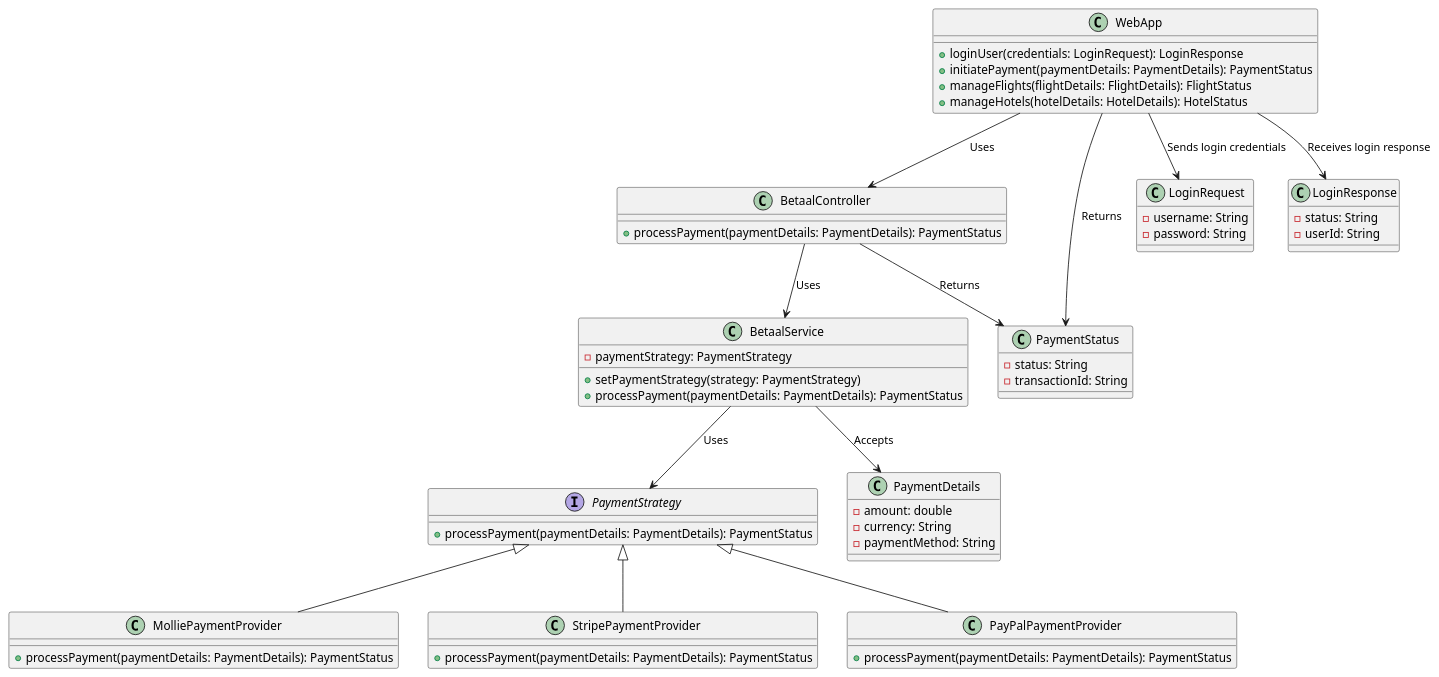
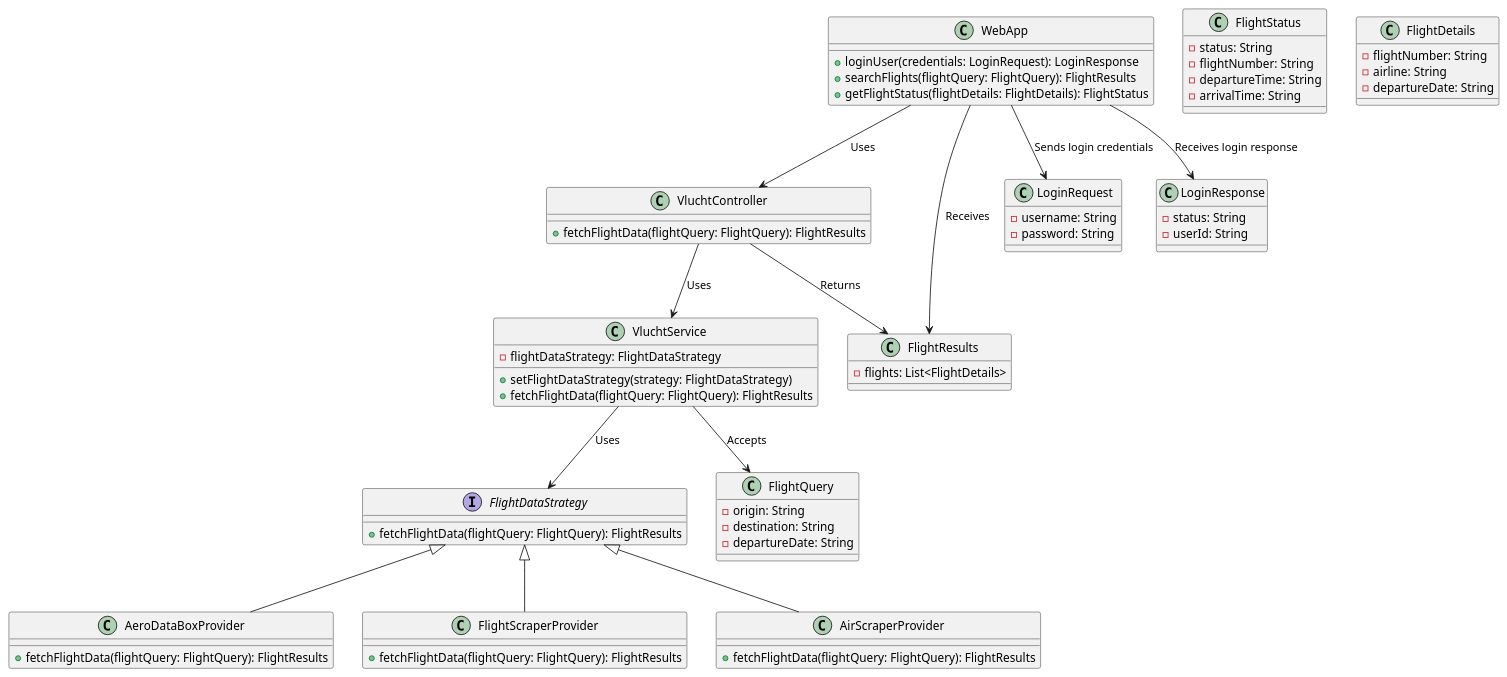
One commit to AIM-ENE-feb25/triptop-groep-b2 changed the diagram in classDiagramQuestion.puml. Above: the diagram before and after it, drawn with PlantUML. The commit also changed 2 other files, not shown here.

Commit message:
Updated component diagrams

```diff
--- a/classDiagramQuestion.puml
+++ b/classDiagramQuestion.puml
@@ -1,72 +1,83 @@
 @startuml
 'https://plantuml.com/class-diagram
 
 class WebApp {
     +loginUser(credentials: LoginRequest): LoginResponse
-    +initiatePayment(paymentDetails: PaymentDetails): PaymentStatus
-    +manageFlights(flightDetails: FlightDetails): FlightStatus
-    +manageHotels(hotelDetails: HotelDetails): HotelStatus
+    +searchFlights(flightQuery: FlightQuery): FlightResults
+    +getFlightStatus(flightDetails: FlightDetails): FlightStatus
 }
 
-class BetaalController {
-    +processPayment(paymentDetails: PaymentDetails): PaymentStatus
+class VluchtController {
+    +fetchFlightData(flightQuery: FlightQuery): FlightResults
 }
 
-class BetaalService {
-    -paymentStrategy: PaymentStrategy
-    +setPaymentStrategy(strategy: PaymentStrategy)
-    +processPayment(paymentDetails: PaymentDetails): PaymentStatus
+class VluchtService {
+    -flightDataStrategy: FlightDataStrategy
+    +setFlightDataStrategy(strategy: FlightDataStrategy)
+    +fetchFlightData(flightQuery: FlightQuery): FlightResults
 }
 
-interface PaymentStrategy {
-    +processPayment(paymentDetails: PaymentDetails): PaymentStatus
+interface FlightDataStrategy {
+    +fetchFlightData(flightQuery: FlightQuery): FlightResults
 }
 
-class MolliePaymentProvider {
-    +processPayment(paymentDetails: PaymentDetails): PaymentStatus
+class AeroDataBoxProvider {
+    +fetchFlightData(flightQuery: FlightQuery): FlightResults
 }
 
-class StripePaymentProvider {
-    +processPayment(paymentDetails: PaymentDetails): PaymentStatus
+class FlightScraperProvider {
+    +fetchFlightData(flightQuery: FlightQuery): FlightResults
 }
 
-class PayPalPaymentProvider {
-    +processPayment(paymentDetails: PaymentDetails): PaymentStatus
+class AirScraperProvider {
+    +fetchFlightData(flightQuery: FlightQuery): FlightResults
 }
 
-class PaymentStatus {
+class FlightStatus {
     -status: String
-    -transactionId: String
+    -flightNumber: String
+    -departureTime: String
+    -arrivalTime: String
 }
 
-class PaymentDetails {
-    -amount: double
-    -currency: String
-    -paymentMethod: String
+class FlightDetails {
+    -flightNumber: String
+    -airline: String
+    -departureDate: String
+}
+
+class FlightQuery {
+    -origin: String
+    -destination: String
+    -departureDate: String
+}
+
+class FlightResults {
+    -flights: List<FlightDetails>
 }
 
 class LoginRequest {
     -username: String
     -password: String
 }
 
 class LoginResponse {
     -status: String
     -userId: String
 }
 
 ' Relationships
-WebApp --> BetaalController : "Uses"
+WebApp --> VluchtController : "Uses"
 WebApp --> LoginRequest : "Sends login credentials"
 WebApp --> LoginResponse : "Receives login response"
-BetaalController --> BetaalService : "Uses"
-BetaalService --> PaymentStrategy : "Uses"
-BetaalService --> PaymentDetails : "Accepts"
-BetaalController --> PaymentStatus : "Returns"
-WebApp --> PaymentStatus : "Returns"
+VluchtController --> VluchtService : "Uses"
+VluchtService --> FlightDataStrategy : "Uses"
+VluchtService --> FlightQuery : "Accepts"
+VluchtController --> FlightResults : "Returns"
+WebApp --> FlightResults : "Receives"
 
-PaymentStrategy <|-- MolliePaymentProvider
-PaymentStrategy <|-- StripePaymentProvider
-PaymentStrategy <|-- PayPalPaymentProvider
+FlightDataStrategy <|-- AeroDataBoxProvider
+FlightDataStrategy <|-- FlightScraperProvider
+FlightDataStrategy <|-- AirScraperProvider
 
 @enduml
```
